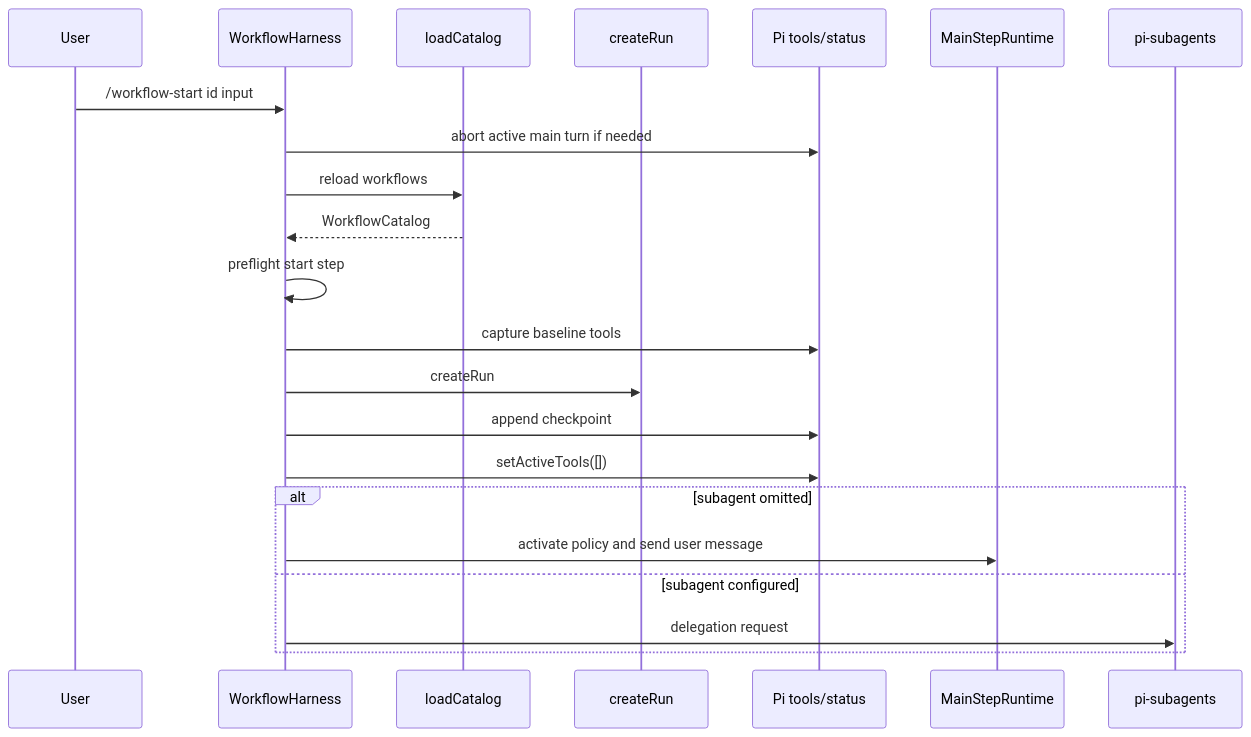
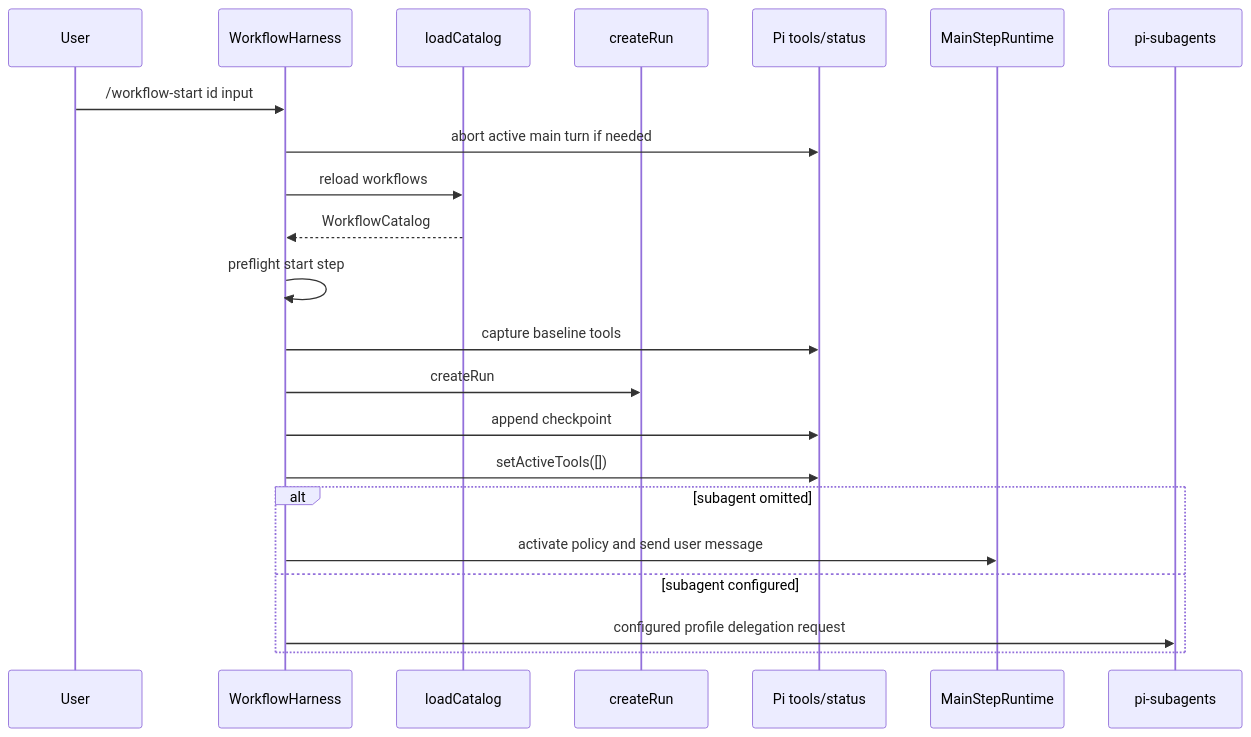
One commit to wichayutdew/pi-workflows changed the second of 8 diagrams in openwiki/architecture/runtime-lifecycle.md. Above: the diagram before and after it, drawn with Mermaid. The commit also changed other lines of this file and 57 other files, not shown here.

````diff
--- a/openwiki/architecture/runtime-lifecycle.md
+++ b/openwiki/architecture/runtime-lifecycle.md
@@ -28,25 +28,25 @@
 ```mermaid
 sequenceDiagram
   participant User
   participant Harness as WorkflowHarness
   participant Config as loadCatalog
   participant Engine as createRun
   participant Pi as Pi tools/status
   participant Main as MainStepRuntime
   participant Sub as pi-subagents
 
   User->>Harness: /workflow-start id input
   Harness->>Pi: abort active main turn if needed
   Harness->>Config: reload workflows
   Config-->>Harness: WorkflowCatalog
   Harness->>Harness: preflight start step
   Harness->>Pi: capture baseline tools
   Harness->>Engine: createRun
   Harness->>Pi: append checkpoint
   Harness->>Pi: setActiveTools([])
   alt subagent omitted
     Harness->>Main: activate policy and send user message
   else subagent configured
-    Harness->>Sub: delegation request
+    Harness->>Sub: configured profile delegation request
   end
 ```
````
